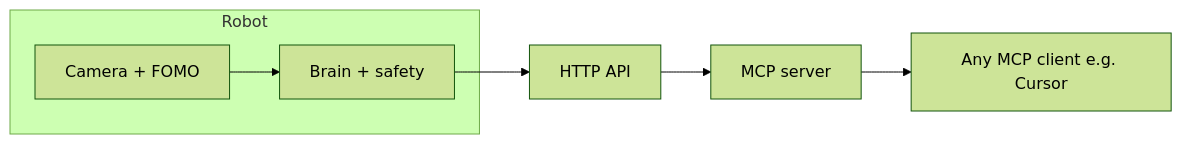
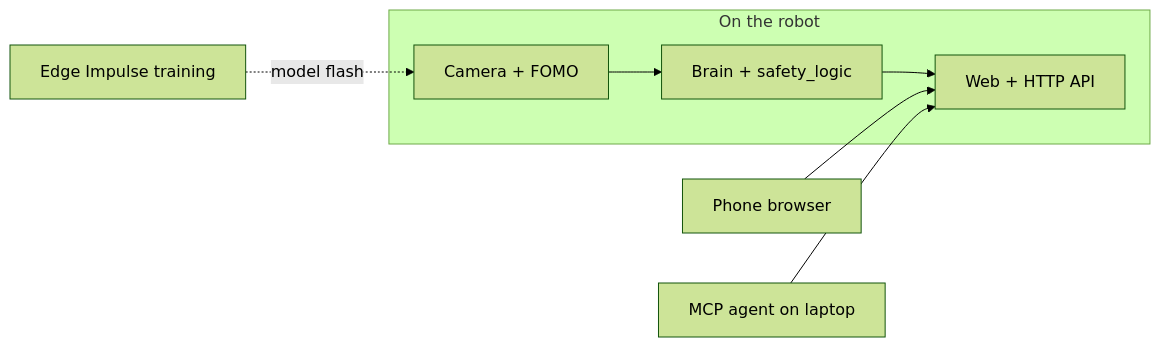
The diagram in README.md (SatyamChouksey-88/trashbot), drawn with Mermaid (forest theme) before and after one commit. The commit also changed other lines of this file, not shown here.

````diff
--- a/README.md
+++ b/README.md
@@ -27,11 +37,15 @@
 ```mermaid
 flowchart LR
-  subgraph robot [Robot]
+  subgraph robot [On the robot]
     CAM[Camera + FOMO]
-    BR[Brain + safety]
-    CAM --> BR
+    BR[Brain + safety_logic]
+    API[Web + HTTP API]
+    CAM --> BR --> API
   end
-  BR --> API[HTTP API]
-  API --> MCP[MCP server]
-  MCP --> CLIENT[Any MCP client e.g. Cursor]
+  PHONE[Phone browser]
+  LAPTOP[MCP agent on laptop]
+  EI[Edge Impulse training]
+  PHONE --> API
+  LAPTOP --> API
+  EI -.->|model flash| CAM
 ```
````
